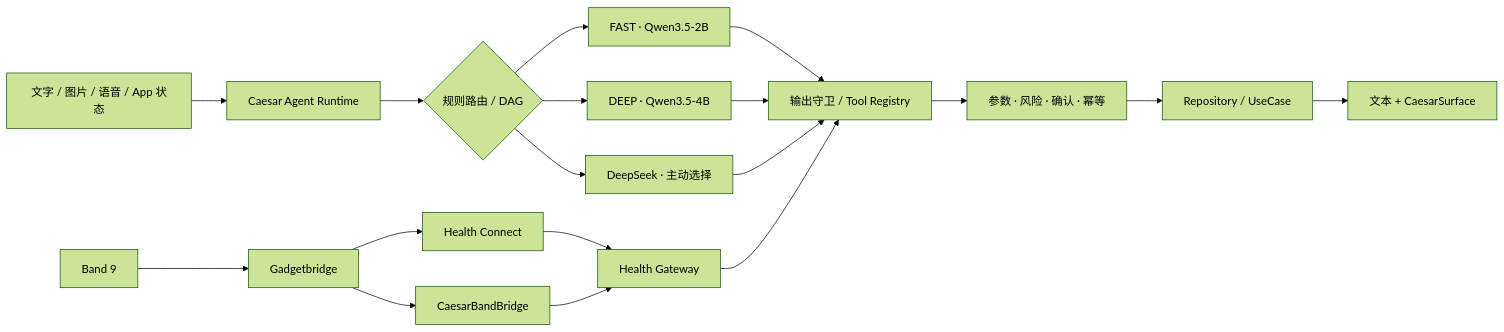
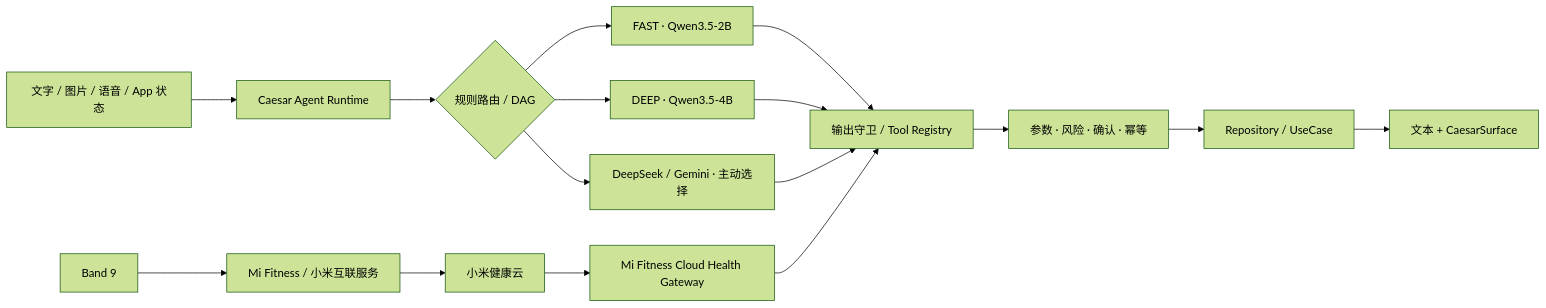
Before and after one commit to liburce0412-alt/liburce0412-alt-s-Org: the diagram in README.md, drawn with Mermaid (forest theme). The commit also changed other lines of this file and 97 other files, not shown here.

Commit message:
feat(android): unify health cloud, providers, and Spectra UI

````diff
--- a/README.md
+++ b/README.md
@@ -59,20 +59,18 @@
 ```mermaid
 flowchart LR
     Input[文字 / 图片 / 语音 / App 状态] --> Runtime[Caesar Agent Runtime]
     Runtime --> Route{规则路由 / DAG}
     Route --> Fast[FAST · Qwen3.5-2B]
     Route --> Deep[DEEP · Qwen3.5-4B]
-    Route --> Cloud[DeepSeek · 主动选择]
+    Route --> Cloud[DeepSeek / Gemini · 主动选择]
     Fast --> Guard[输出守卫 / Tool Registry]
     Deep --> Guard
     Cloud --> Guard
     Guard --> Policy[参数 · 风险 · 确认 · 幂等]
     Policy --> UseCase[Repository / UseCase]
     UseCase --> UI[文本 + CaesarSurface]
-    Band[Band 9] --> GB[Gadgetbridge]
-    GB --> HC[Health Connect]
-    GB --> Bridge[CaesarBandBridge]
-    HC --> Health[Health Gateway]
-    Bridge --> Health
+    Band[Band 9] --> MiFitness[Mi Fitness / 小米互联服务]
+    MiFitness --> XiaomiCloud[小米健康云]
+    XiaomiCloud --> Health[Mi Fitness Cloud Health Gateway]
     Health --> Guard
 ```
````
